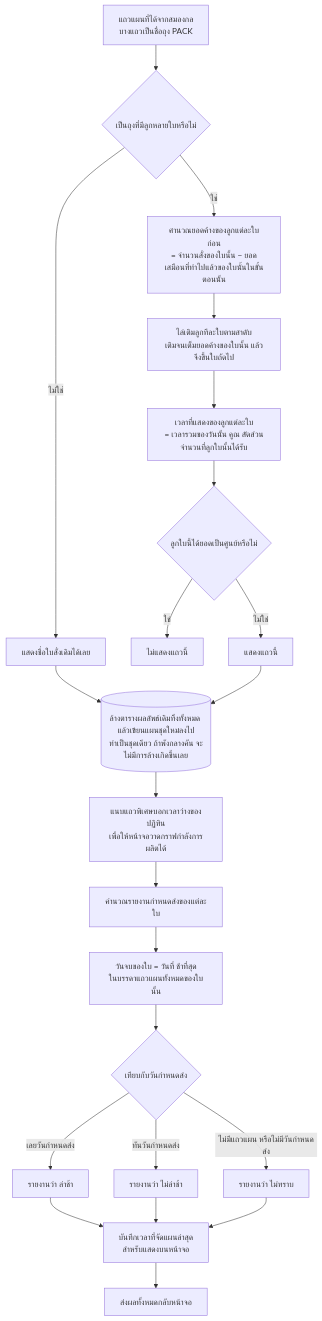
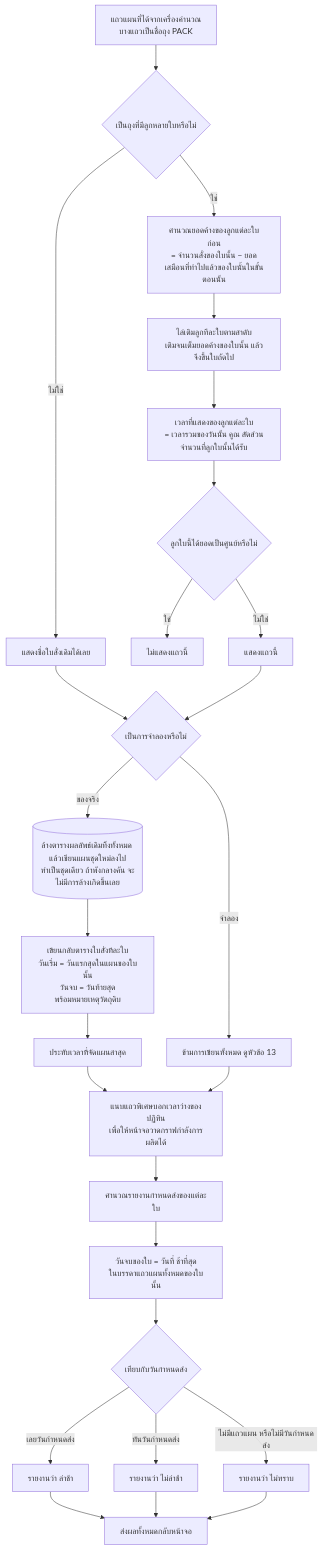
Diagram 12 of 14 in backend/docs/SCHEDULER_FLOW.md (kornt-alt/mse-pc-auto-plan), drawn with Mermaid before and after one commit. The commit also changed other lines of this file, not shown here.

````diff
--- a/backend/docs/SCHEDULER_FLOW.md
+++ b/backend/docs/SCHEDULER_FLOW.md
@@ -505,29 +692,35 @@
 ```mermaid
 flowchart TD
-    A["แถวแผนที่ได้จากสมองกล<br/>บางแถวเป็นชื่อถุง PACK"] --> B{"เป็นถุงที่มีลูกหลายใบหรือไม่"}
+    A["แถวแผนที่ได้จากเครื่องคำนวณ<br/>บางแถวเป็นชื่อถุง PACK"] --> B{"เป็นถุงที่มีลูกหลายใบหรือไม่"}
     B -->|"ไม่ใช่"| C["แสดงชื่อใบสั่งเดิมได้เลย"]
     B -->|"ใช่"| D["คำนวณยอดค้างของลูกแต่ละใบก่อน<br/>= จำนวนสั่งของใบนั้น − ยอดเสมือนที่ทำไปแล้วของใบนั้นในขั้นตอนนั้น"]
 
     D --> E["ไล่เติมลูกทีละใบตามลำดับ<br/>เติมจนเต็มยอดค้างของใบนั้น แล้วจึงขึ้นใบถัดไป"]
     E --> F["เวลาที่แสดงของลูกแต่ละใบ<br/>= เวลารวมของวันนั้น คูณ สัดส่วนจำนวนที่ลูกใบนั้นได้รับ"]
     F --> G{"ลูกใบนี้ได้ยอดเป็นศูนย์หรือไม่"}
     G -->|"ใช่"| G1["ไม่แสดงแถวนี้"]
     G -->|"ไม่ใช่"| G2["แสดงแถวนี้"]
 
     C --> H
     G2 --> H
-    H[("ล้างตารางผลลัพธ์เดิมทิ้งทั้งหมด แล้วเขียนแผนชุดใหม่ลงไป<br/>ทำเป็นชุดเดียว ถ้าพังกลางคัน จะไม่มีการล้างเกิดขึ้นเลย")]
+    H{"เป็นการจำลองหรือไม่"}
+    H -->|"จำลอง"| SKIP["ข้ามการเขียนทั้งหมด ดูหัวข้อ 13"]
+    H -->|"ของจริง"| SAVE[("ล้างตารางผลลัพธ์เดิมทิ้งทั้งหมด แล้วเขียนแผนชุดใหม่ลงไป<br/>ทำเป็นชุดเดียว ถ้าพังกลางคัน จะไม่มีการล้างเกิดขึ้นเลย")]
 
-    H --> I["แนบแถวพิเศษบอกเวลาว่างของปฏิทิน<br/>เพื่อให้หน้าจอวาดกราฟกำลังการผลิตได้"]
+    SAVE --> WB["เขียนกลับตารางใบสั่งทีละใบ<br/>วันเริ่ม = วันแรกสุดในแผนของใบนั้น<br/>วันจบ = วันท้ายสุด<br/>พร้อมหมายเหตุวัตถุดิบ"]
+    WB --> TS["ประทับเวลาที่จัดแผนล่าสุด"]
+
+    TS --> I
+    SKIP --> I
+    I["แนบแถวพิเศษบอกเวลาว่างของปฏิทิน<br/>เพื่อให้หน้าจอวาดกราฟกำลังการผลิตได้"]
     I --> J["คำนวณรายงานกำหนดส่งของแต่ละใบ"]
     J --> J1["วันจบของใบ = วันที่ ช้าที่สุด<br/>ในบรรดาแถวแผนทั้งหมดของใบนั้น"]
     J1 --> J2{"เทียบกับวันกำหนดส่ง"}
     J2 -->|"เลยวันกำหนดส่ง"| J3["รายงานว่า ล่าช้า"]
     J2 -->|"ทันวันกำหนดส่ง"| J4["รายงานว่า ไม่ล่าช้า"]
     J2 -->|"ไม่มีแถวแผน หรือไม่มีวันกำหนดส่ง"| J5["รายงานว่า ไม่ทราบ"]
 
-    J3 --> K["บันทึกเวลาที่จัดแผนล่าสุด<br/>สำหรับแสดงบนหน้าจอ"]
-    J4 --> K
-    J5 --> K
-    K --> L["ส่งผลทั้งหมดกลับหน้าจอ"]
+    J3 --> L["ส่งผลทั้งหมดกลับหน้าจอ"]
+    J4 --> L
+    J5 --> L
 ```
````
